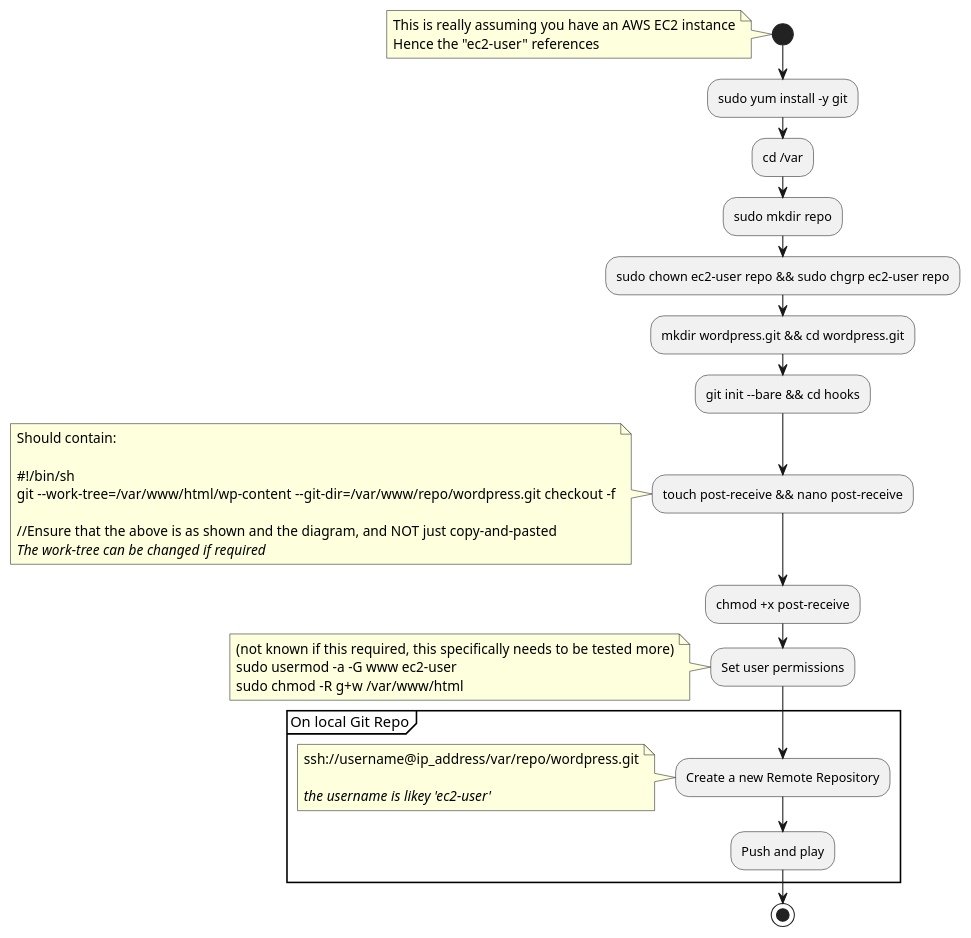
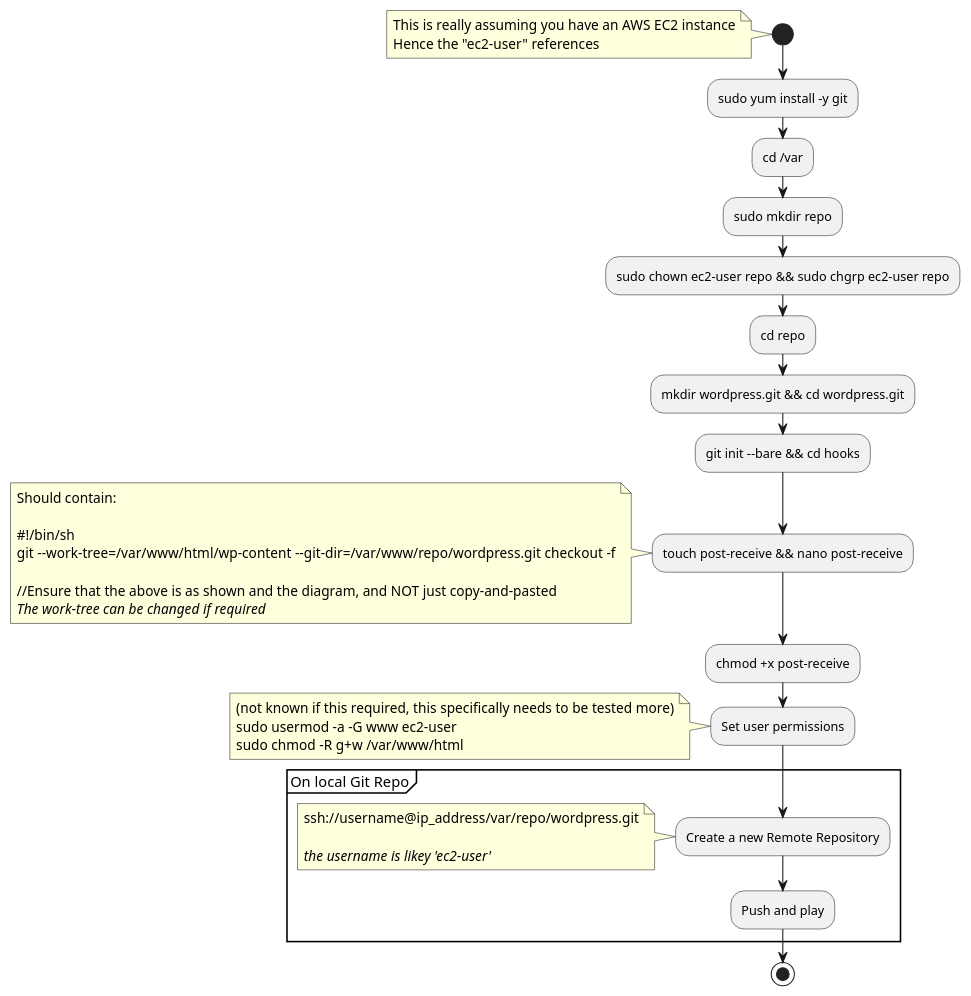
The diagram in dev-ops/Creating a Remote Git Repo.plantuml (absolve-dev/project-absol), drawn with PlantUML before and after one commit.

Commit message:
bug - create remote git repo is missing a cd command when making git directory

```diff
--- a/dev-ops/Creating a Remote Git Repo.plantuml
+++ b/dev-ops/Creating a Remote Git Repo.plantuml
@@ -1,41 +1,42 @@
 @startuml
 start
   note
     This is really assuming you have an AWS EC2 instance
     Hence the "ec2-user" references
   end note
 :sudo yum install -y git;
 :cd /var;
 :sudo mkdir repo;
 :sudo chown ec2-user repo && sudo chgrp ec2-user repo;
+:cd repo;
 :mkdir wordpress.git && cd wordpress.git;
 :git init --bare && cd hooks;
 :touch post-receive && nano post-receive;
   note
     Should contain:
 
     ~#!/bin/sh
     git ~--work-tree=/var/www/html/wp-content --git-dir=/var/www/repo/wordpress.git checkout -f
 
     //Ensure that the above is as shown and the diagram, and NOT just copy-and-pasted
     //The work-tree can be changed if required//
   end note
 :chmod +x post-receive;
 :Set user permissions;
 note
   (not known if this required, this specifically needs to be tested more)
   sudo usermod -a -G www ec2-user
   sudo chmod -R g+w /var/www/html
 end note
 partition "On local Git Repo"{
   :Create a new Remote Repository;
     note
       ssh://username@ip_address/var/repo/wordpress.git
 
       //the username is likey 'ec2-user'//
     end note
   :Push and play;
 }
 stop
 
 @enduml
```
